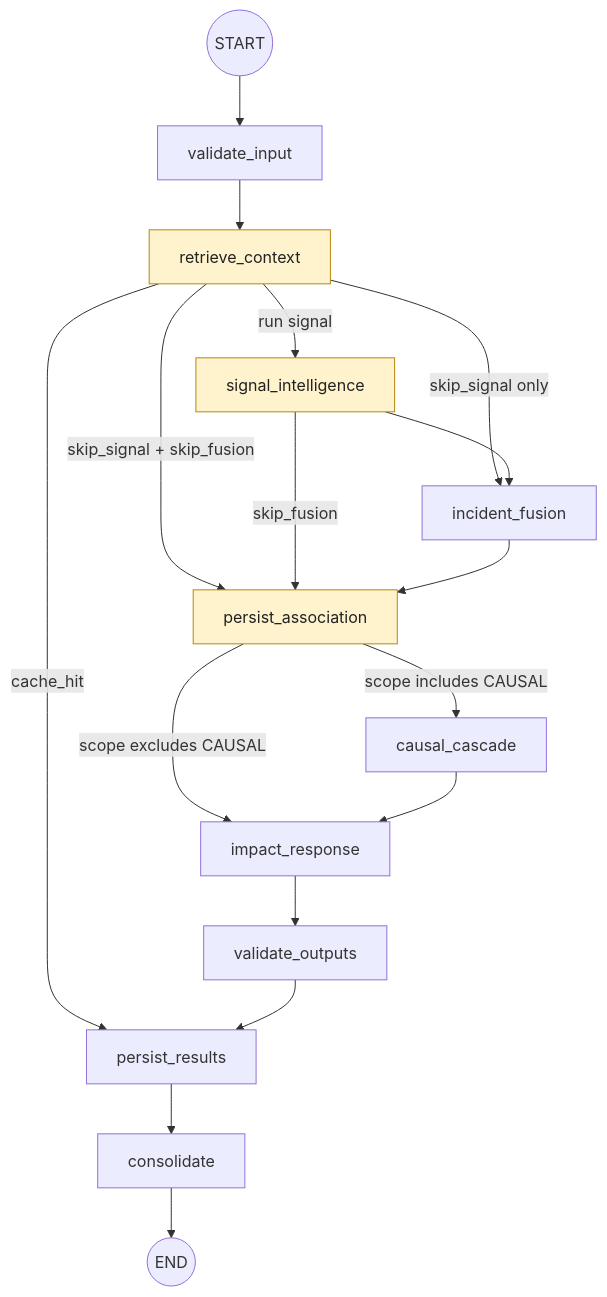
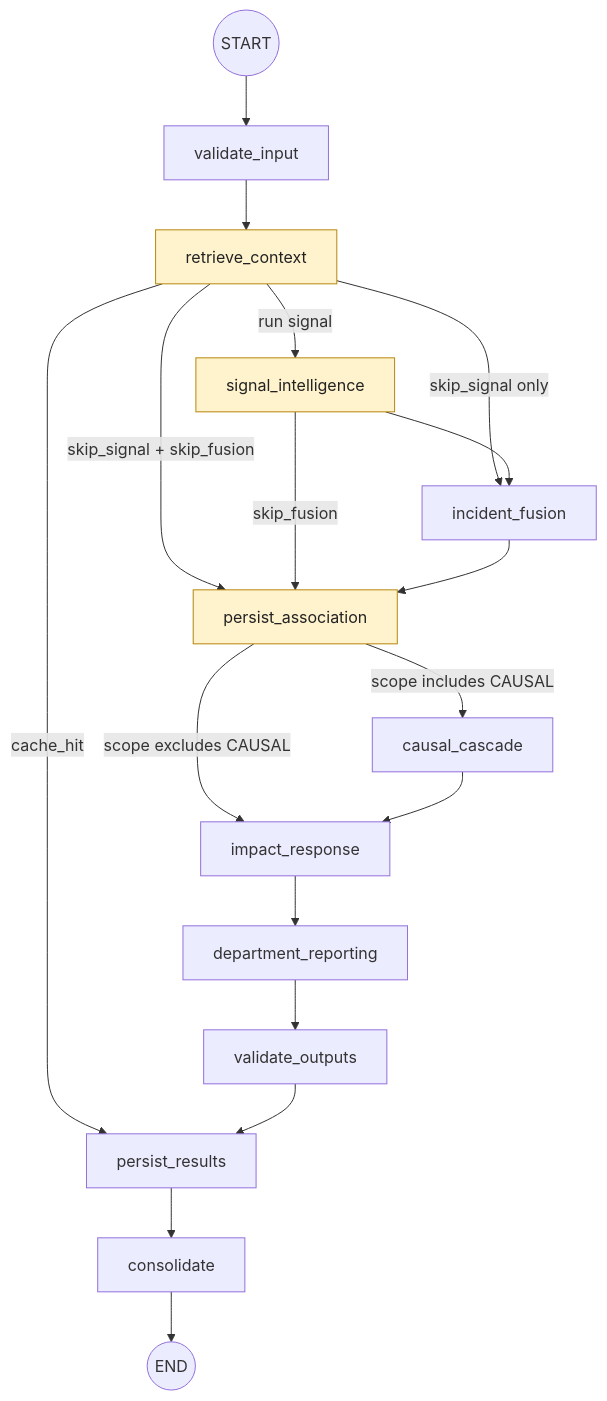
The second of 5 diagrams in ARCHITECTURE.md (Mahavir2006/RGIT), drawn with Mermaid before and after one commit. The commit also changed other lines of this file and 23 other files, not shown here.

Commit message:
feat: add department reporting workflow

````diff
--- a/ARCHITECTURE.md
+++ b/ARCHITECTURE.md
@@ -97,22 +101,23 @@
 ```mermaid
 flowchart TB
     START((START)) --> V["validate_input"]
     V --> R["retrieve_context"]
     R -->|"cache_hit"| PR["persist_results"]
     R -->|"skip_signal + skip_fusion"| PA["persist_association"]
     R -->|"skip_signal only"| IF["incident_fusion"]
     R -->|"run signal"| SI["signal_intelligence"]
     SI -->|"skip_fusion"| PA
     SI --> IF
     IF --> PA
     PA -->|"scope includes CAUSAL"| CC["causal_cascade"]
     PA -->|"scope excludes CAUSAL"| IR["impact_response"]
     CC --> IR
-    IR --> VO["validate_outputs"]
+    IR --> DR["department_reporting"]
+    DR --> VO["validate_outputs"]
     VO --> PR
     PR --> CO["consolidate"]
     CO --> ENDV((END))
 
     classDef gate fill:#fff3cd,stroke:#b8860b,color:#222
     class R,SI,PA gate
 ```
````
